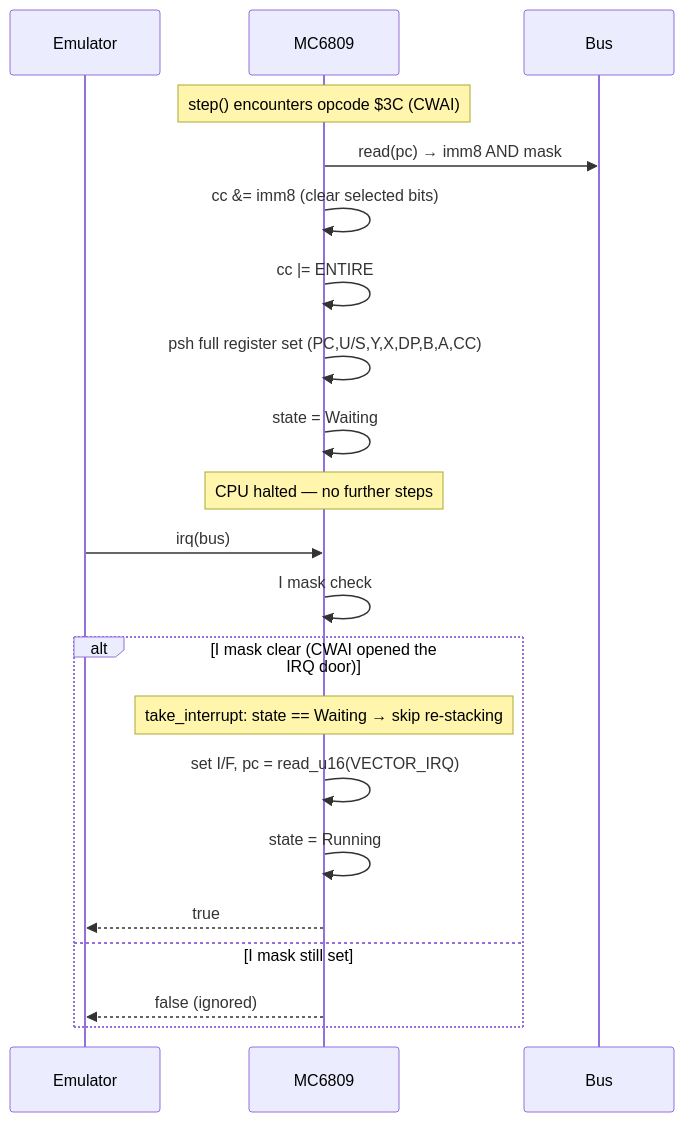
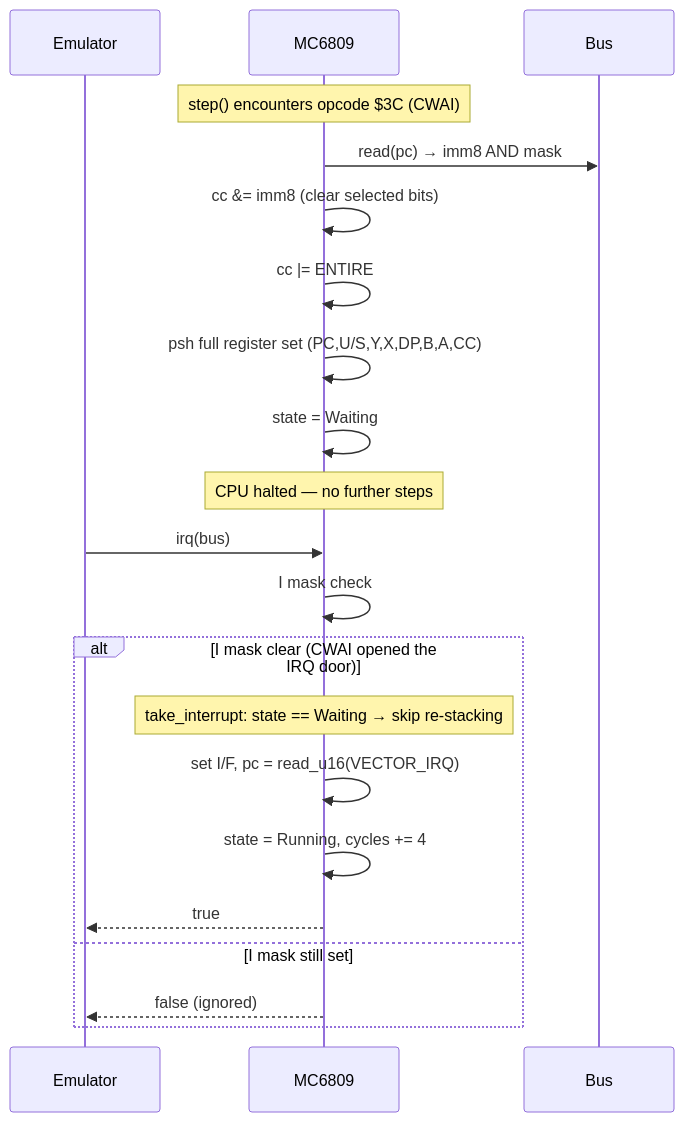
Before and after one commit to sperano/cocovm: the tenth of 12 diagrams in crates/mc6809/diagrams.md, drawn with Mermaid. The commit also changed other lines of this file and 12 other files, not shown here.

````diff
--- a/crates/mc6809/diagrams.md
+++ b/crates/mc6809/diagrams.md
@@ -339,26 +346,26 @@
 ```mermaid
 sequenceDiagram
     participant Emu as Emulator
     participant CPU as MC6809
     participant Bus as Bus
 
     Note over CPU: step() encounters opcode $3C (CWAI)
 
     CPU->>Bus: read(pc) → imm8 AND mask
     CPU->>CPU: cc &= imm8 (clear selected bits)
     CPU->>CPU: cc |= ENTIRE
     CPU->>CPU: psh full register set (PC,U/S,Y,X,DP,B,A,CC)
     CPU->>CPU: state = Waiting
     Note over CPU: CPU halted — no further steps
 
     Emu->>CPU: irq(bus)
     CPU->>CPU: I mask check
     alt I mask clear (CWAI opened the IRQ door)
         Note over CPU: take_interrupt: state == Waiting → skip re-stacking
         CPU->>CPU: set I/F, pc = read_u16(VECTOR_IRQ)
-        CPU->>CPU: state = Running
+        CPU->>CPU: state = Running, cycles += 4
         CPU-->>Emu: true
     else I mask still set
         CPU-->>Emu: false (ignored)
     end
 ```
````
